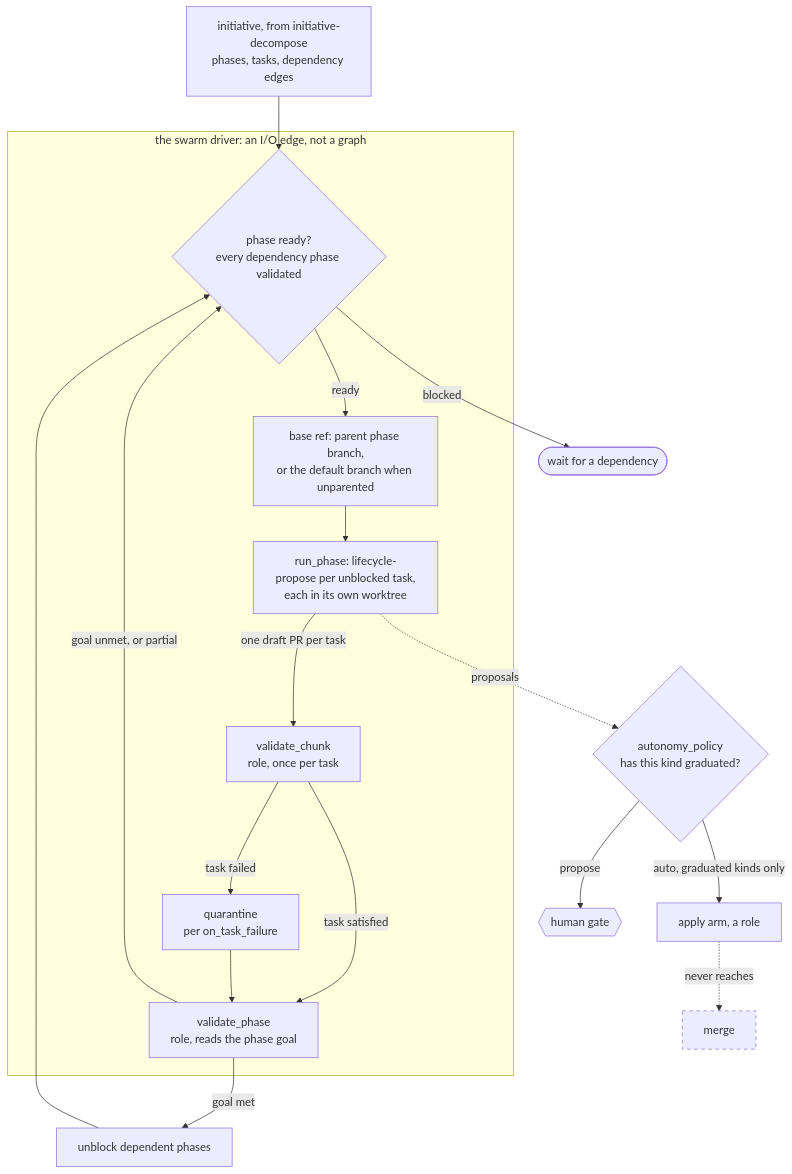
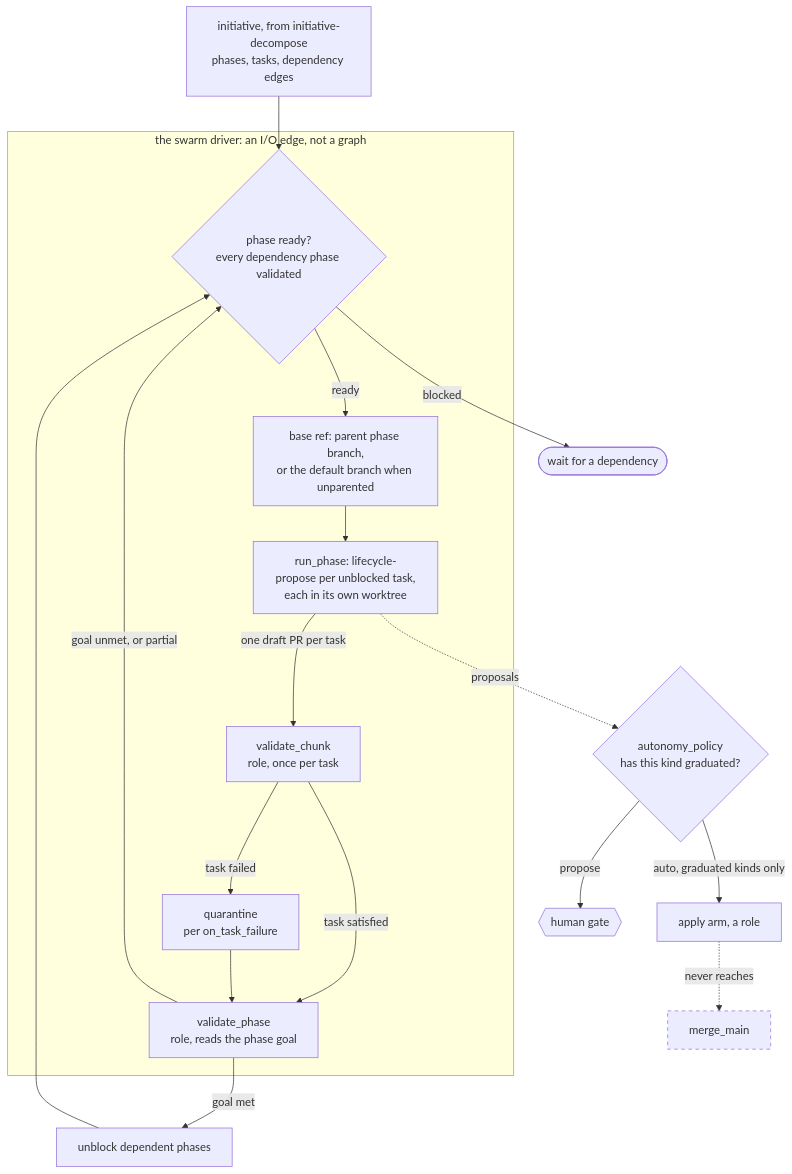
One commit to ppfenning/coxswain-graphs changed the diagram in graphs/delivery/epic-swarm.md. Above: the diagram before and after it, drawn with Mermaid. The commit also changed other lines of this file and 4 other files, not shown here.

````diff
--- a/graphs/delivery/epic-swarm.md
+++ b/graphs/delivery/epic-swarm.md
@@ -173,33 +199,33 @@
 ```mermaid
 flowchart TB
     INIT["initiative, from initiative-decompose<br/>phases, tasks, dependency edges"]
     INIT --> SELECT
 
     subgraph DRIVER["the swarm driver: an I/O edge, not a graph"]
         SELECT{"phase ready?<br/>every dependency phase validated"}
         BASE["base ref: parent phase branch,<br/>or the default branch when unparented"]
         FANOUT["run_phase: lifecycle-propose per unblocked task,<br/>each in its own worktree"]
         VCHUNK["validate_chunk<br/>role, once per task"]
         VPHASE["validate_phase<br/>role, reads the phase goal"]
         QUAR["quarantine<br/>per on_task_failure"]
     end
 
     SELECT -- "blocked" --> WAIT(["wait for a dependency"])
     SELECT -- "ready" --> BASE
     BASE --> FANOUT
     FANOUT -- "one draft PR per task" --> VCHUNK
     VCHUNK -- "task failed" --> QUAR
     VCHUNK -- "task satisfied" --> VPHASE
     QUAR --> VPHASE
     VPHASE -- "goal unmet, or partial" --> SELECT
     VPHASE -- "goal met" --> DONE["unblock dependent phases"]
     DONE --> SELECT
 
     FANOUT -. "proposals" .-> POLICY{"autonomy_policy<br/>has this kind graduated?"}
     POLICY -- "propose" --> GATE{{"human gate"}}
     POLICY -- "auto, graduated kinds only" --> ARM["apply arm, a role"]
 
-    ARM -. "never reaches" .-> MERGE["merge"]
+    ARM -. "never reaches" .-> MERGE["merge_main"]
 
     style MERGE stroke-dasharray: 5 5
 ```
````
